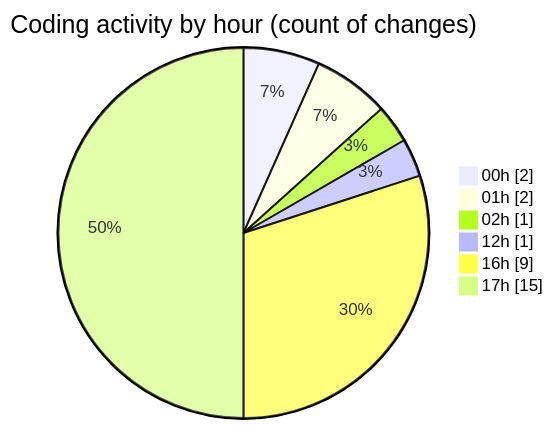
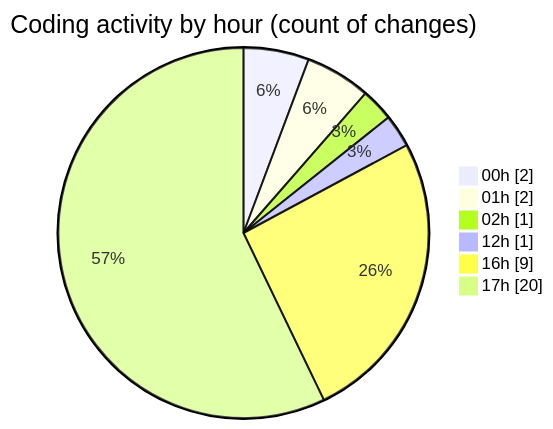
The second of 2 diagrams in 2026-07-09/twenty_versions_aminor/README.md (shibass792/code-tracking), drawn with Mermaid before and after one commit. The commit also changed other lines of this file and 1 other file, not shown here.

````diff
--- a/2026-07-09/twenty_versions_aminor/README.md
+++ b/2026-07-09/twenty_versions_aminor/README.md
@@ -41,10 +41,10 @@
 ```mermaid
 pie showData
 title Coding activity by hour (count of changes)
 "00h" : 2
 "01h" : 2
 "02h" : 1
 "12h" : 1
 "16h" : 9
-"17h" : 15
+"17h" : 20
 ```
````
